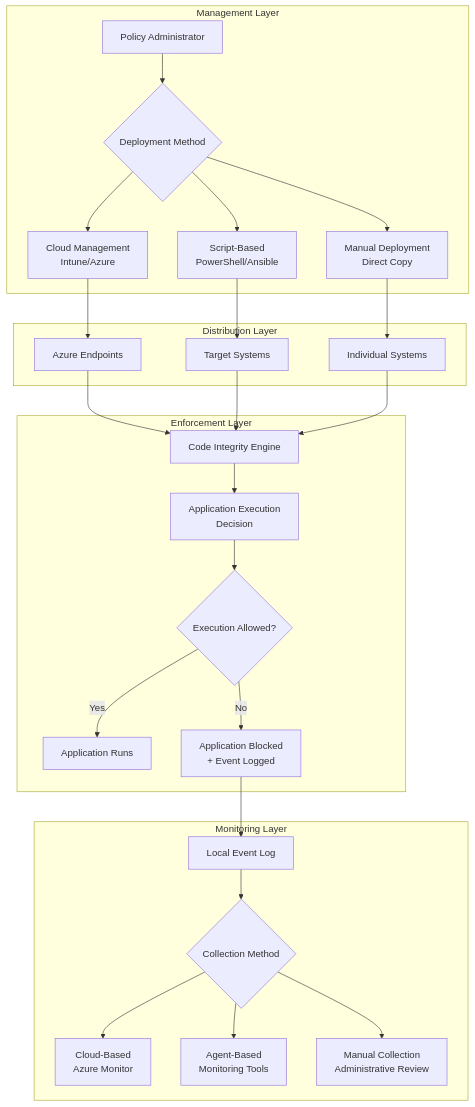
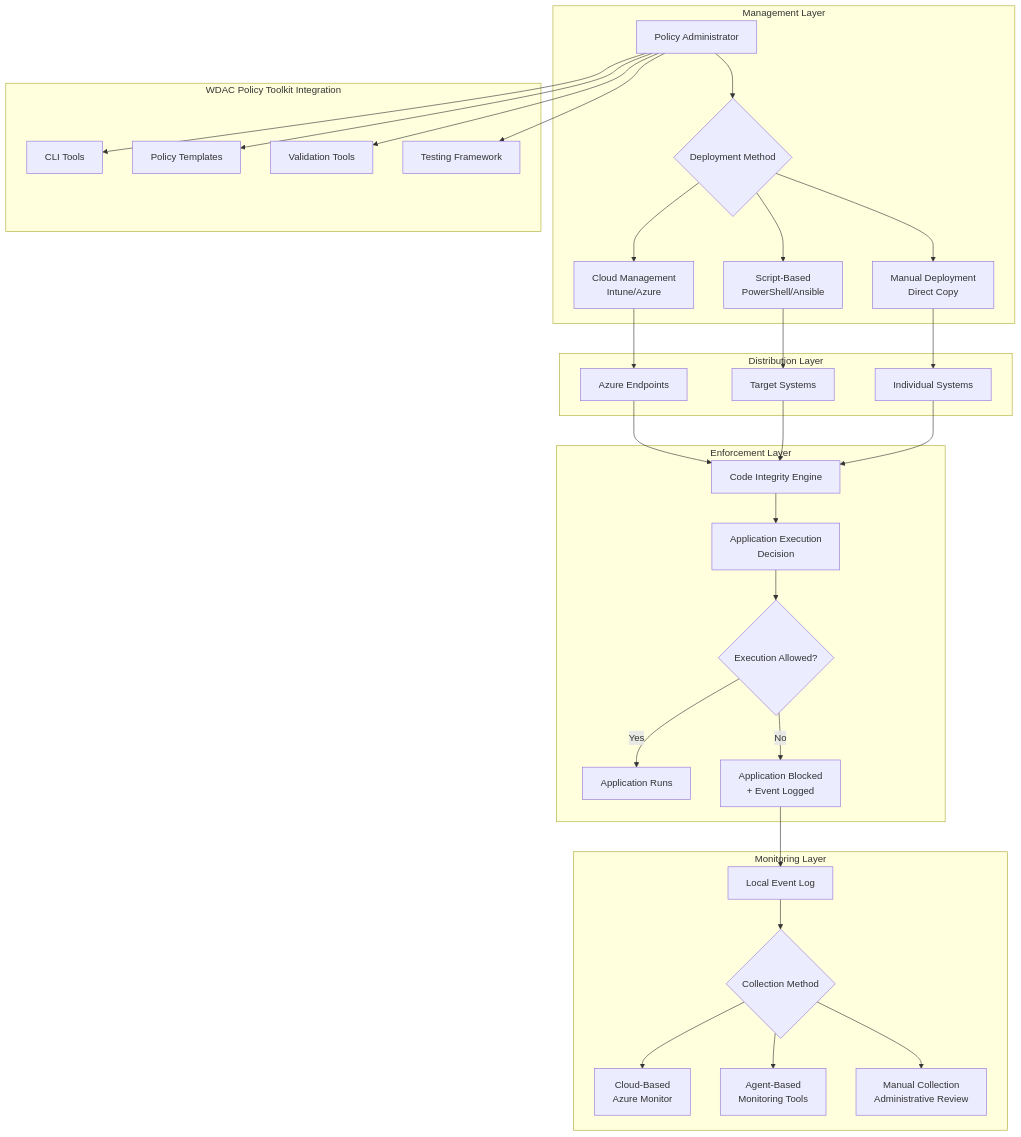
Before and after one commit to sakirm-icpl/WDAC-Enterprise-Security: the second of 3 diagrams in architecture/AD_NonAD_Architecture.md, drawn with Mermaid. The commit also changed other lines of this file and 15 other files, not shown here.

````diff
--- a/architecture/AD_NonAD_Architecture.md
+++ b/architecture/AD_NonAD_Architecture.md
@@ -134,56 +150,68 @@
 ```mermaid
 graph TB
     A[Policy Administrator] --> B{Deployment Method}
     B --> C[Cloud Management<br/>Intune/Azure]
     B --> D[Script-Based<br/>PowerShell/Ansible]
     B --> E[Manual Deployment<br/>Direct Copy]
     
     C --> F[Azure Endpoints]
     D --> G[Target Systems]
     E --> H[Individual Systems]
     
     F --> I[Code Integrity Engine]
     G --> I
     H --> I
     
     I --> J[Application Execution<br/>Decision]
     J --> K{Execution Allowed?}
     K -->|Yes| L[Application Runs]
     K -->|No| M[Application Blocked<br/>+ Event Logged]
     M --> N[Local Event Log]
     
     N --> O{Collection Method}
     O --> P[Cloud-Based<br/>Azure Monitor]
     O --> Q[Agent-Based<br/>Monitoring Tools]
     O --> R[Manual Collection<br/>Administrative Review]
     
     subgraph "Management Layer"
         A
         B
         C
         D
         E
     end
     
     subgraph "Distribution Layer"
         F
         G
         H
     end
     
     subgraph "Enforcement Layer"
         I
         J
         K
         L
         M
     end
     
     subgraph "Monitoring Layer"
         N
         O
         P
         Q
         R
     end
+    
+    subgraph "WDAC Policy Toolkit Integration"
+        S[CLI Tools]
+        T[Policy Templates]
+        U[Validation Tools]
+        V[Testing Framework]
+        
+        A --> S
+        A --> T
+        A --> U
+        A --> V
+    end
 ```
````
